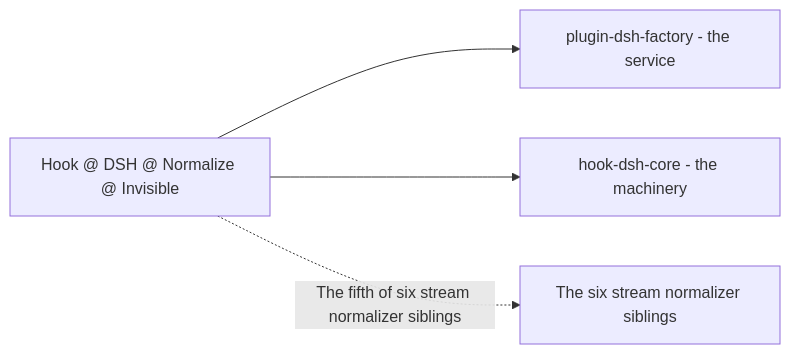
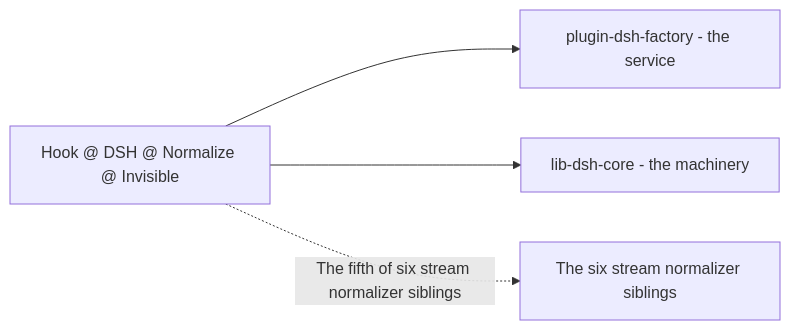
The diagram in Source/Content/Mermaid/invisible-family-position.mmd (PlayForm/Site-DeepSeek), drawn with Mermaid before and after one commit. The commit also changed 161 other files, not shown here.

```diff
--- a/Source/Content/Mermaid/invisible-family-position.mmd
+++ b/Source/Content/Mermaid/invisible-family-position.mmd
@@ -1,4 +1,4 @@
 flowchart LR
 	INVISIBLE["Hook @ DSH @ Normalize @ Invisible"] --> FACTORY["plugin-dsh-factory - the service"]
-	INVISIBLE --> CORE["hook-dsh-core - the machinery"]
+	INVISIBLE --> CORE["lib-dsh-core - the machinery"]
 	INVISIBLE -. "The fifth of six stream normalizer siblings" .-> SIB["The six stream normalizer siblings"]
```
